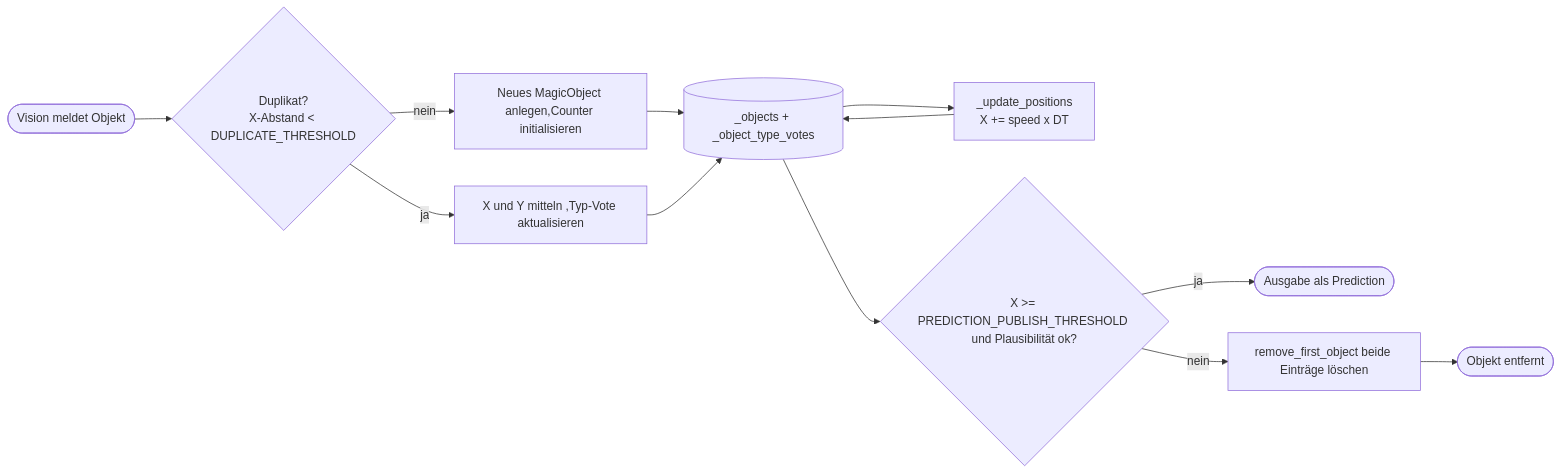
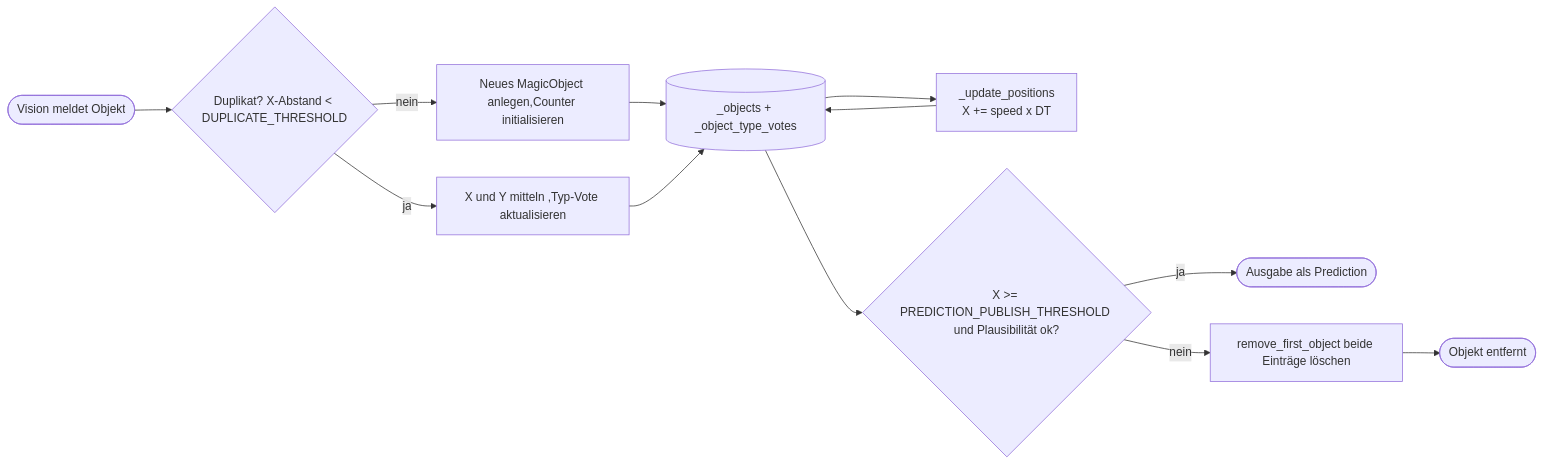
The third of 3 diagrams in documentation/documentation.md (derlole/NimSort42), drawn with Mermaid before and after one commit. The commit also changed other lines of this file, not shown here.

````diff
--- a/documentation/documentation.md
+++ b/documentation/documentation.md
@@ -408,14 +409,14 @@
 ```mermaid
 flowchart LR
-    A([Vision meldet Objekt]) --> B{Duplikat?\nX-Abstand < DUPLICATE_THRESHOLD}
+    A([Vision meldet Objekt]) --> B{Duplikat? X-Abstand < DUPLICATE_THRESHOLD}
     B -->|ja| C[X und Y mitteln ,Typ-Vote aktualisieren]
     B --> |nein| E[Neues MagicObject anlegen,Counter initialisieren]
     E --> G[("_objects + _object_type_votes")]
     C --> G
     G --> H[_update_positions\nX += speed x DT]
     H --> G
     G --> I{X >= PREDICTION_PUBLISH_THRESHOLD und Plausibilität ok?}
     I -->|ja| J([Ausgabe als Prediction])
     I -->|nein| K[remove_first_object beide Einträge löschen]
     K --> L([Objekt entfernt])
 ```
````
